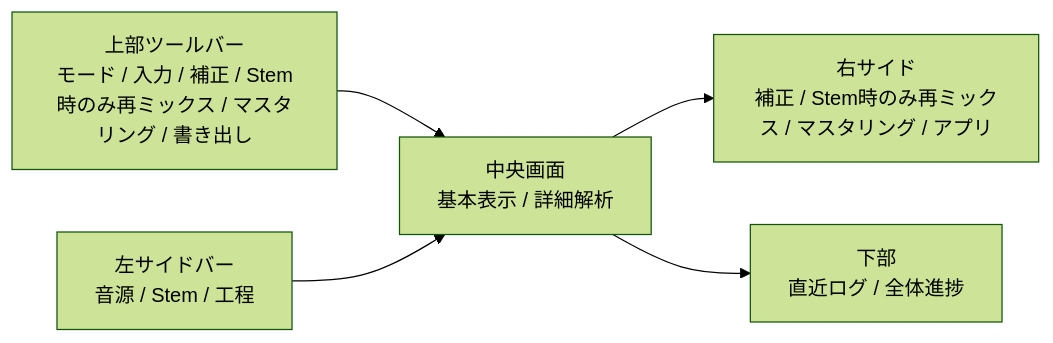
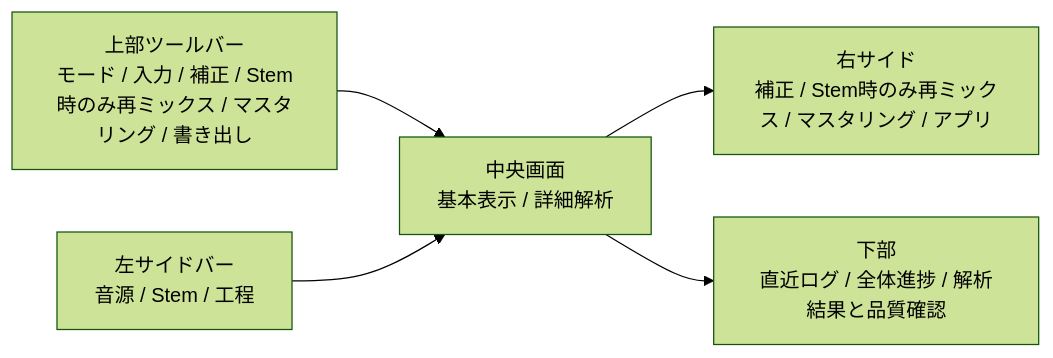
Before and after one commit to hajimeno-ipoo/Veloura-Lucent: the first of 5 diagrams in README.md, drawn with Mermaid (forest theme). The commit also changed other lines of this file, not shown here.

````diff
--- a/README.md
+++ b/README.md
@@ -52,13 +53,13 @@
 ```mermaid
 flowchart LR
     Toolbar["上部ツールバー<br/>モード / 入力 / 補正 / Stem時のみ再ミックス / マスタリング / 書き出し"]
     Sidebar["左サイドバー<br/>音源 / Stem / 工程"]
     Workspace["中央画面<br/>基本表示 / 詳細解析"]
     Inspector["右サイド<br/>補正 / Stem時のみ再ミックス / マスタリング / アプリ"]
-    Footer["下部<br/>直近ログ / 全体進捗"]
+    Footer["下部<br/>直近ログ / 全体進捗 / 解析結果と品質確認"]
 
     Toolbar --> Workspace
     Sidebar --> Workspace
     Workspace --> Inspector
     Workspace --> Footer
 ```
````
